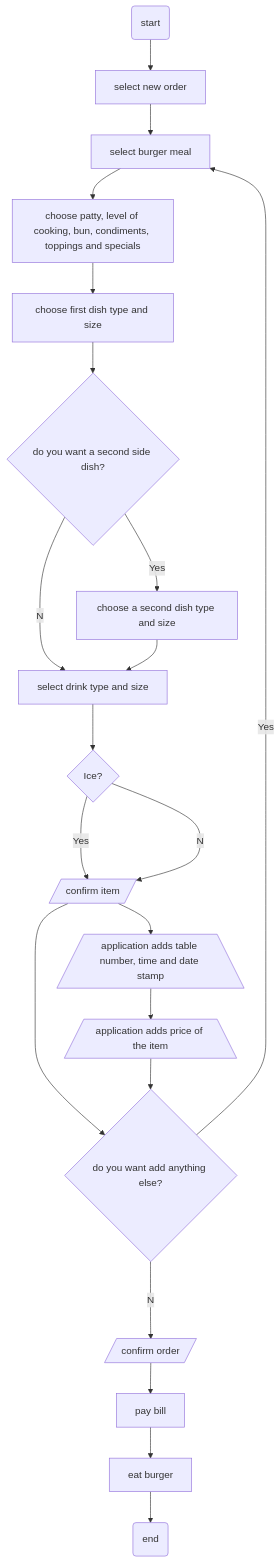
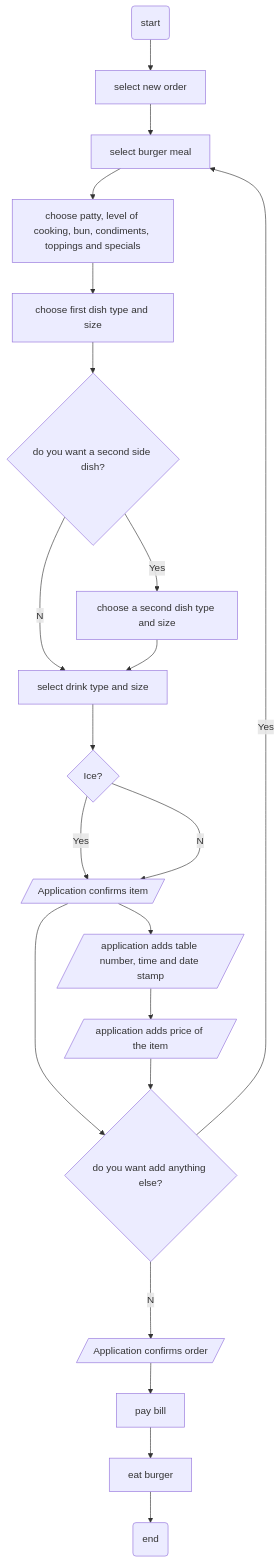
The diagram in student-work/2022/Amichai-Klipstein/api-final-project/readme.md (yusale9/student-showcase), drawn with Mermaid before and after one commit.

````diff
--- a/student-work/2022/Amichai-Klipstein/api-final-project/readme.md
+++ b/student-work/2022/Amichai-Klipstein/api-final-project/readme.md
@@ -10,24 +10,24 @@
 ```mermaid
   flowchart TD;
       A(start)-->B[select new order];
       B-->C[select burger meal];
       C-->D[choose patty, level of cooking, bun, condiments, toppings and specials]; 
       D-->E[choose first dish type and size];
       E-->F{do you want a second side dish?};
       F--Yes-->G[choose a second dish type and size];
       F--No-->H[select drink type and size];
       G-->H;
       H-->I{Ice?};
-      I--Yes-->J[/confirm item/];
+      I--Yes-->J[/Application confirms item/];
       I--No-->J;
-      J-->K[/application adds table number, time and date stamp\];
-      K-->L[/application adds price of the item\];
+      J-->K[/application adds table number, time and date stamp/];
+      K-->L[/application adds price of the item/];
       J-->M{do you want add anything else?};
       M--Yes-->C;
-      M--No-->N[/confirm order/];
+      M--No-->N[/Application confirms order/];
       L-->M;
       N-->O[pay bill];
       O-->P[eat burger];
       P-->Q(end);
       
 ```
````
